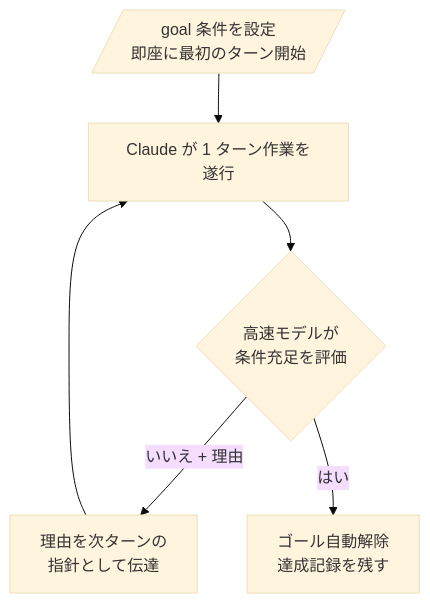
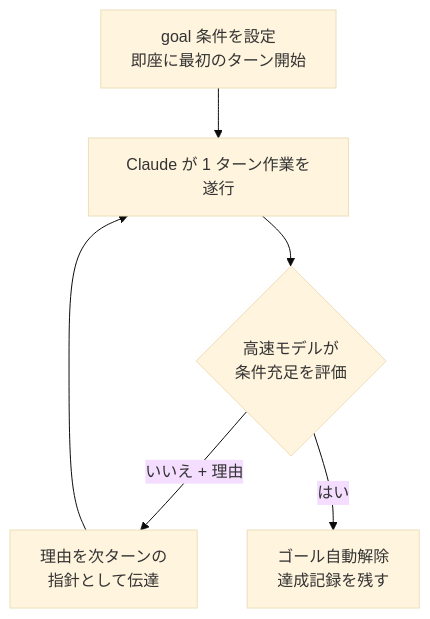
Before and after one commit to modu-ai/moai-adk: the diagram in docs-site/content/ja/claude-code/agentic/goal.md, drawn with Mermaid (base theme). The commit also changed 86 other files, not shown here.

First line of the commit message:
docs(ossdocs): v3.1.1 doc-gap landing — 13-page x4-locale + mermaid fixes + version sync + backend-mix

````diff
--- a/docs-site/content/ja/claude-code/agentic/goal.md
+++ b/docs-site/content/ja/claude-code/agentic/goal.md
@@ -34,8 +34,8 @@
 ```mermaid
 flowchart TD
-    A[/goal 条件を設定<br>即座に最初のターン開始/] --> B[Claude が 1 ターン作業を遂行]
+    A["goal 条件を設定<br>即座に最初のターン開始"] --> B[Claude が 1 ターン作業を遂行]
     B --> C{高速モデルが<br>条件充足を評価}
     C -->|いいえ + 理由| D[理由を次ターンの<br>指針として伝達]
     D --> B
     C -->|はい| E[ゴール自動解除<br>達成記録を残す]
 ```
````
